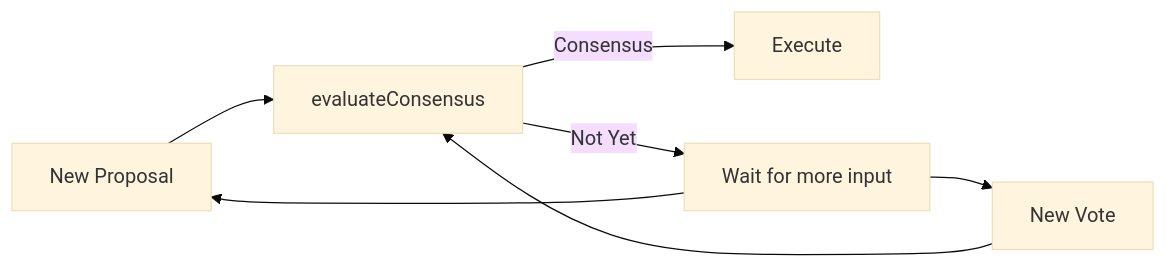
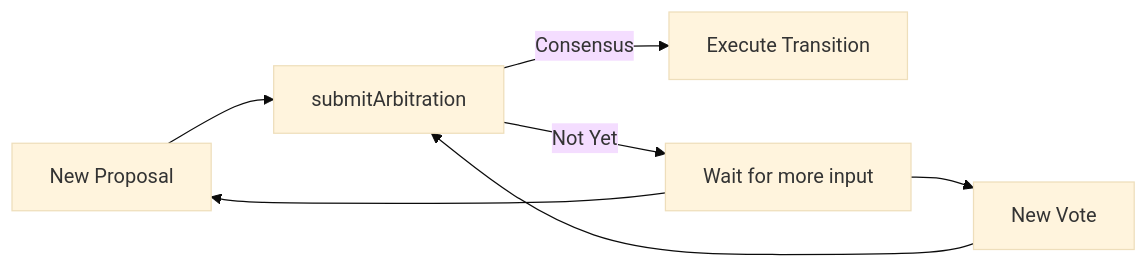
The diagram in website/docs/concepts/arbitration.md (eloquentanalytics/dialai), drawn with Mermaid (base theme) before and after one commit. The commit also changed other lines of this file and 18 other files, not shown here.

First line of the commit message:
Unified submit API with roundId, metaJson, and submitArbitration

````diff
--- a/website/docs/concepts/arbitration.md
+++ b/website/docs/concepts/arbitration.md
@@ -13,9 +13,9 @@
 ```mermaid
 graph LR
-    P[New Proposal] --> A[evaluateConsensus]
+    P[New Proposal] --> A[submitArbitration]
     V[New Vote] --> A
-    A --> |Consensus| E[Execute]
+    A --> |Consensus| E[Execute Transition]
     A --> |Not Yet| W[Wait for more input]
     W --> P
     W --> V
 ```
````
